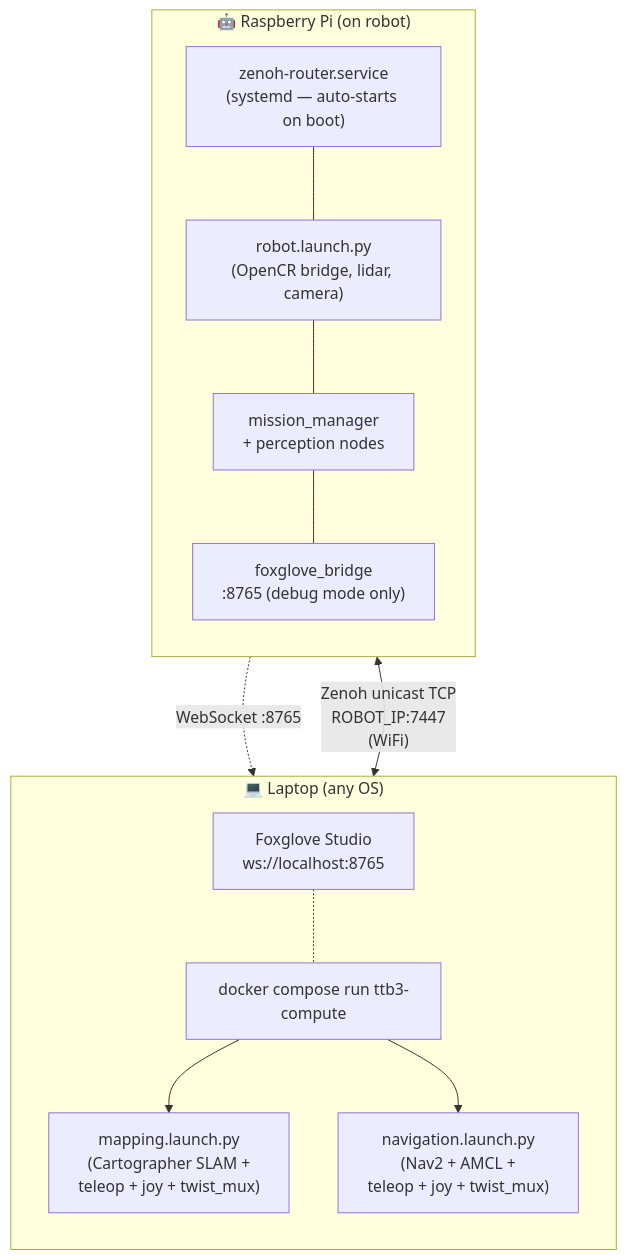
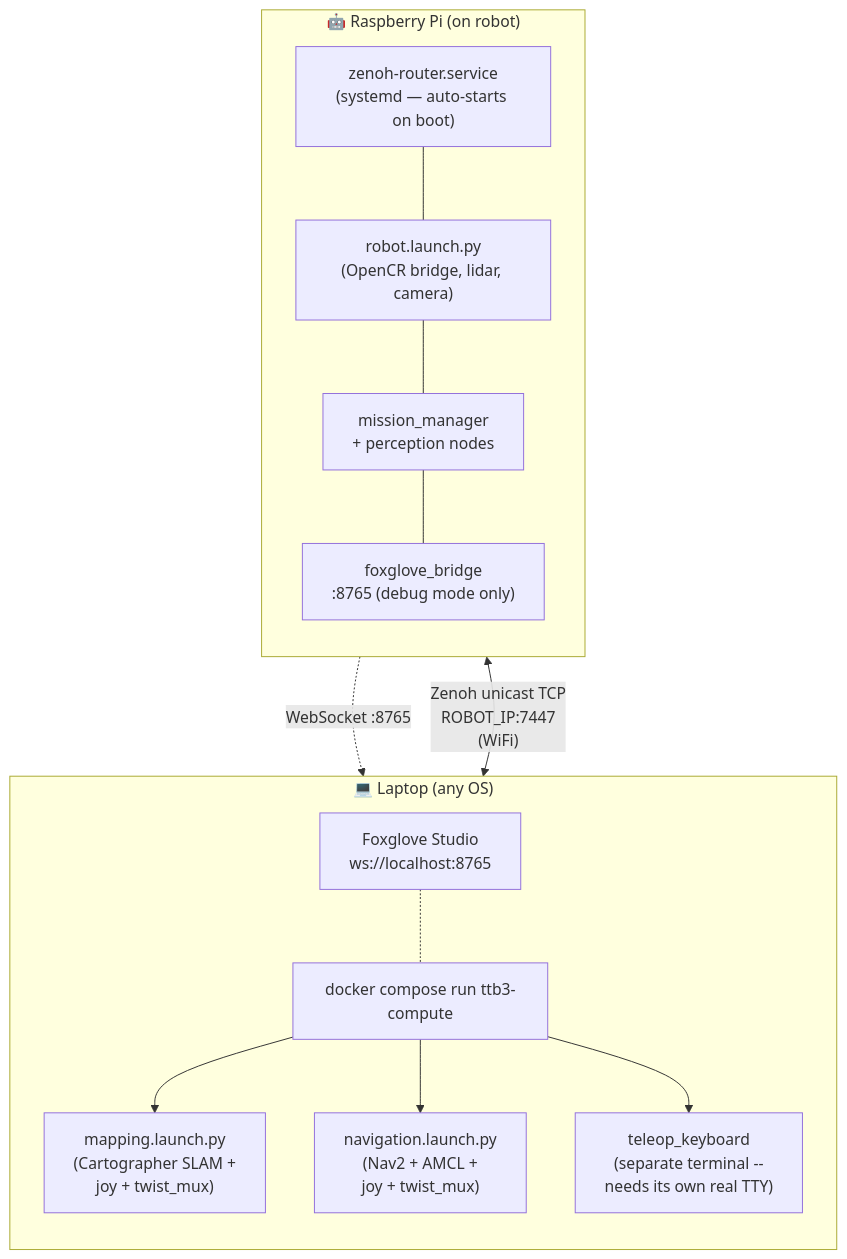
One commit to robotkub/turtlebot3 changed the diagram in docs/en/09-compute-pc.md. Above: the diagram before and after it, drawn with Mermaid. The commit also changed other lines of this file and 11 other files, not shown here.

First line of the commit message:
Fix real bugs found running mapping.launch.py end-to-end for the first time

````diff
--- a/docs/en/09-compute-pc.md
+++ b/docs/en/09-compute-pc.md
@@ -27,27 +27,29 @@
 ```mermaid
 graph TB
     subgraph Pi["🤖 Raspberry Pi (on robot)"]
         direction TB
         ZR["zenoh-router.service\n(systemd — auto-starts on boot)"]
         RB["robot.launch.py\n(OpenCR bridge, lidar, camera)"]
         MI["mission_manager\n+ perception nodes"]
         FB["foxglove_bridge\n:8765 (debug mode only)"]
         ZR --- RB
         RB --- MI
         MI --- FB
     end
 
     subgraph Laptop["💻 Laptop (any OS)"]
         direction TB
         DC["docker compose run ttb3-compute"]
-        MAP["mapping.launch.py\n(Cartographer SLAM +\nteleop + joy + twist_mux)"]
-        NAV["navigation.launch.py\n(Nav2 + AMCL +\nteleop + joy + twist_mux)"]
+        MAP["mapping.launch.py\n(Cartographer SLAM +\njoy + twist_mux)"]
+        NAV["navigation.launch.py\n(Nav2 + AMCL +\njoy + twist_mux)"]
+        TP["teleop_keyboard\n(separate terminal --\nneeds its own real TTY)"]
         FOX["Foxglove Studio\nws://localhost:8765"]
         DC --> MAP
         DC --> NAV
+        DC --> TP
         FOX -.- DC
     end
 
     Pi <-->|"Zenoh unicast TCP\nROBOT_IP:7447\n(WiFi)"| Laptop
     FB -.->|"WebSocket :8765"| FOX
 ```
````
